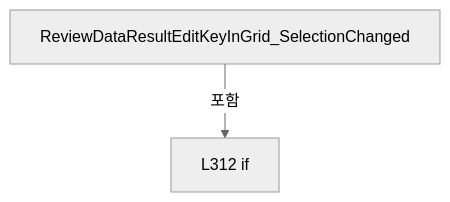
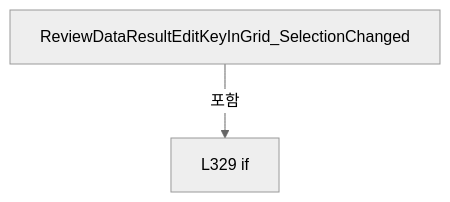
One commit to kjuws10-rgb/Shared changed diagram 16 of 18 in A3 LD Code Ref/files/Drilling.UI/Views/CReviewDataView.xaml.cs.md. Above: the diagram before and after it, drawn with Mermaid (neutral theme). The commit also changed other lines of this file and 2071 other files, not shown here.

Commit message:
docs(a3): update 11.19.0 architecture and code reference

````diff
--- a/A3 LD Code Ref/files/Drilling.UI/Views/CReviewDataView.xaml.cs.md
+++ b/A3 LD Code Ref/files/Drilling.UI/Views/CReviewDataView.xaml.cs.md
@@ -1140,6 +1255,6 @@
 ```mermaid
 flowchart TD
  M["ReviewDataResultEditKeyInGrid_SelectionChanged"]
- N0["L312 if"]
+ N0["L329 if"]
  M -->|포함| N0
 ```
````
